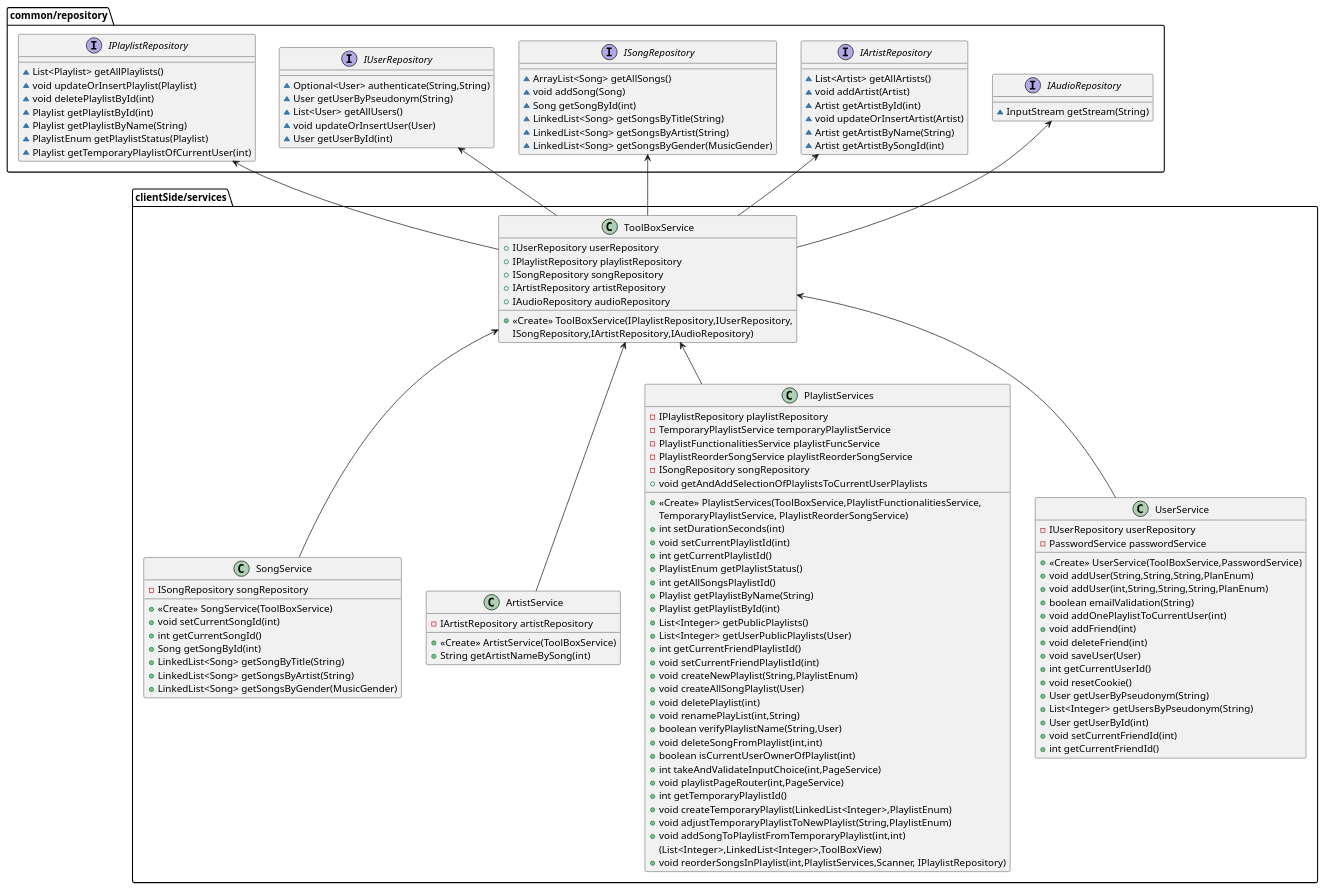
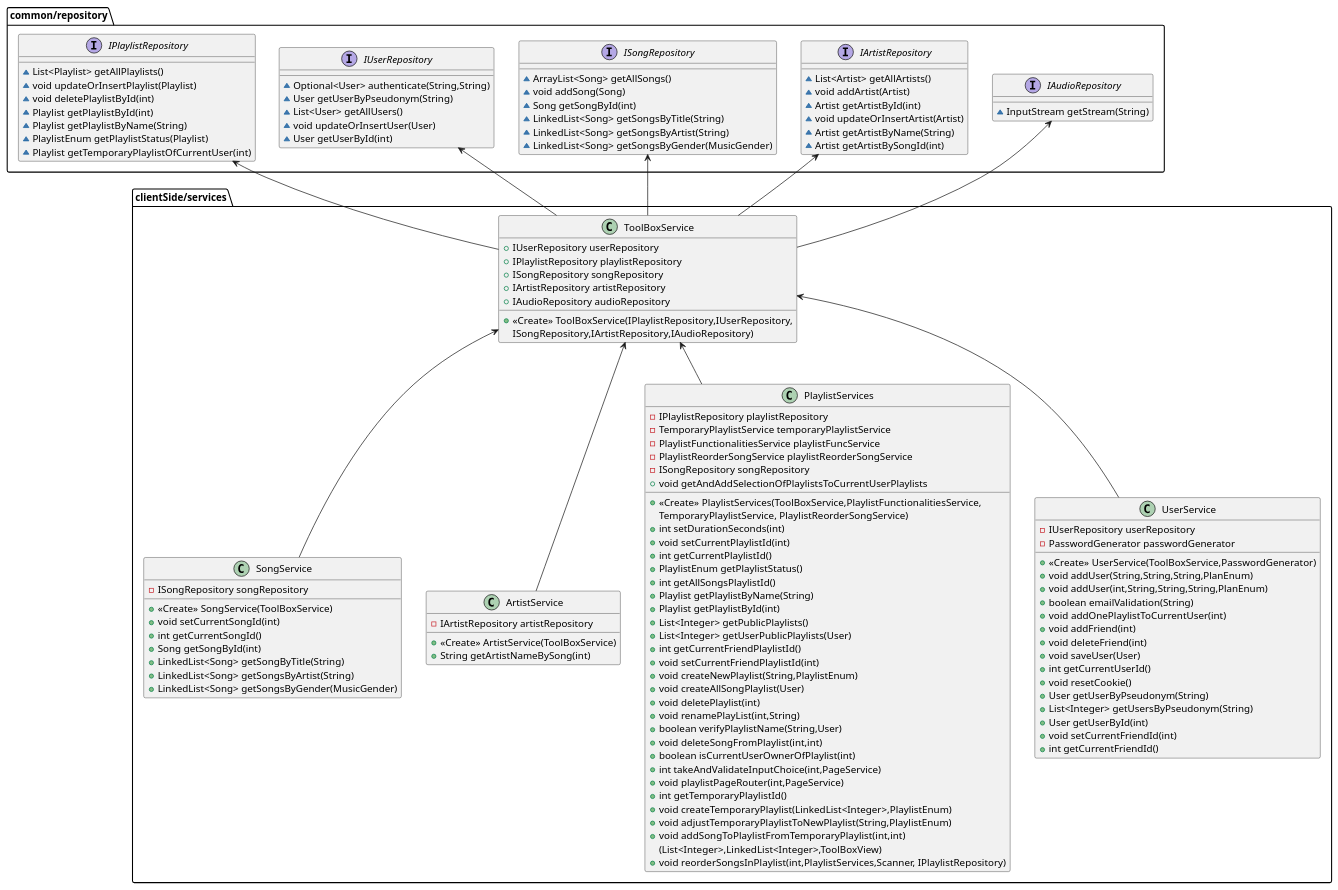
One commit to marionrossier/MiniSpotify changed the diagram in Diagrams/classDiagrams/clientSide/ToolBoxService.puml. Above: the diagram before and after it, drawn with PlantUML. The commit also changed 8 other files, not shown here.

Commit message:
refactor: rename PasswordService to PasswordGenerator and integrate AuthentificationService into ToolBoxView

```diff
--- a/Diagrams/classDiagrams/clientSide/ToolBoxService.puml
+++ b/Diagrams/classDiagrams/clientSide/ToolBoxService.puml
@@ -1,141 +1,141 @@
 @startuml
 
 class clientSide/services.SongService {
 - ISongRepository songRepository
 + <<Create>> SongService(ToolBoxService)
 + void setCurrentSongId(int)
 + int getCurrentSongId()
 + Song getSongById(int)
 + LinkedList<Song> getSongByTitle(String)
 + LinkedList<Song> getSongsByArtist(String)
 + LinkedList<Song> getSongsByGender(MusicGender)
 }
 
 class "clientSide/services.ArtistService" {
 - IArtistRepository artistRepository
 + <<Create>> ArtistService(ToolBoxService)
 + String getArtistNameBySong(int)
 }
 
 class "clientSide/services.PlaylistServices" {
 - IPlaylistRepository playlistRepository
 - TemporaryPlaylistService temporaryPlaylistService
 - PlaylistFunctionalitiesService playlistFuncService
 - PlaylistReorderSongService playlistReorderSongService
 - ISongRepository songRepository
 + <<Create>> PlaylistServices(ToolBoxService,PlaylistFunctionalitiesService,
 TemporaryPlaylistService, PlaylistReorderSongService)
 + int setDurationSeconds(int)
 + void setCurrentPlaylistId(int)
 + int getCurrentPlaylistId()
 + PlaylistEnum getPlaylistStatus()
 + int getAllSongsPlaylistId()
 + Playlist getPlaylistByName(String)
 + Playlist getPlaylistById(int)
 + List<Integer> getPublicPlaylists()
 + List<Integer> getUserPublicPlaylists(User)
 + int getCurrentFriendPlaylistId()
 + void setCurrentFriendPlaylistId(int)
 + void createNewPlaylist(String,PlaylistEnum)
 + void createAllSongPlaylist(User)
 + void deletePlaylist(int)
 + void renamePlayList(int,String)
 + boolean verifyPlaylistName(String,User)
 + void deleteSongFromPlaylist(int,int)
 + boolean isCurrentUserOwnerOfPlaylist(int)
 + int takeAndValidateInputChoice(int,PageService)
 + void playlistPageRouter(int,PageService)
 + int getTemporaryPlaylistId()
 + void createTemporaryPlaylist(LinkedList<Integer>,PlaylistEnum)
 + void adjustTemporaryPlaylistToNewPlaylist(String,PlaylistEnum)
 + void addSongToPlaylistFromTemporaryPlaylist(int,int)
 + void getAndAddSelectionOfPlaylistsToCurrentUserPlaylists
 (List<Integer>,LinkedList<Integer>,ToolBoxView)
 + void reorderSongsInPlaylist(int,PlaylistServices,Scanner, IPlaylistRepository)
 }
 
 class clientSide/services.UserService {
 - IUserRepository userRepository
-- PasswordService passwordService
-+ <<Create>> UserService(ToolBoxService,PasswordService)
+- PasswordGenerator passwordGenerator
++ <<Create>> UserService(ToolBoxService,PasswordGenerator)
 + void addUser(String,String,String,PlanEnum)
 + void addUser(int,String,String,String,PlanEnum)
 + boolean emailValidation(String)
 + void addOnePlaylistToCurrentUser(int)
 + void addFriend(int)
 + void deleteFriend(int)
 + void saveUser(User)
 + int getCurrentUserId()
 + void resetCookie()
 + User getUserByPseudonym(String)
 + List<Integer> getUsersByPseudonym(String)
 + User getUserById(int)
 + void setCurrentFriendId(int)
 + int getCurrentFriendId()
 }
 
 
 class "clientSide/services.ToolBoxService" {
 + IUserRepository userRepository
 + IPlaylistRepository playlistRepository
 + ISongRepository songRepository
 + IArtistRepository artistRepository
 + IAudioRepository audioRepository
 + <<Create>> ToolBoxService(IPlaylistRepository,IUserRepository,
 ISongRepository,IArtistRepository,IAudioRepository)
 }
 
 interface "common/repository.IUserRepository" {
 ~ Optional<User> authenticate(String,String)
 ~ User getUserByPseudonym(String)
 ~ List<User> getAllUsers()
 ~ void updateOrInsertUser(User)
 ~ User getUserById(int)
 }
 
 interface "common/repository.ISongRepository" {
 ~ ArrayList<Song> getAllSongs()
 ~ void addSong(Song)
 ~ Song getSongById(int)
 ~ LinkedList<Song> getSongsByTitle(String)
 ~ LinkedList<Song> getSongsByArtist(String)
 ~ LinkedList<Song> getSongsByGender(MusicGender)
 }
 
 interface common/repository.IPlaylistRepository {
 ~ List<Playlist> getAllPlaylists()
 ~ void updateOrInsertPlaylist(Playlist)
 ~ void deletePlaylistById(int)
 ~ Playlist getPlaylistById(int)
 ~ Playlist getPlaylistByName(String)
 ~ PlaylistEnum getPlaylistStatus(Playlist)
 ~ Playlist getTemporaryPlaylistOfCurrentUser(int)
 }
 
 interface common/repository.IAudioRepository {
 ~ InputStream getStream(String)
 }
 
 interface common/repository.IArtistRepository {
 ~ List<Artist> getAllArtists()
 ~ void addArtist(Artist)
 ~ Artist getArtistById(int)
 ~ void updateOrInsertArtist(Artist)
 ~ Artist getArtistByName(String)
 ~ Artist getArtistBySongId(int)
 }
 
 
 ' --- Dépendances générées ---
 "clientSide/services.SongService" -u-> "clientSide/services.ToolBoxService"
 "clientSide/services.ArtistService" -u-> "clientSide/services.ToolBoxService"
 "clientSide/services.PlaylistServices" -u-> "clientSide/services.ToolBoxService"
 "clientSide/services.UserService" -u-> "clientSide/services.ToolBoxService"
 
 "clientSide/services.ToolBoxService" -u-> "common/repository.IPlaylistRepository"
 "clientSide/services.ToolBoxService" -u-> "common/repository.IUserRepository"
 "clientSide/services.ToolBoxService" -u-> "common/repository.ISongRepository"
 "clientSide/services.ToolBoxService" -u-> "common/repository.IArtistRepository"
 "clientSide/services.ToolBoxService" -u-> "common/repository.IAudioRepository"
 
 @enduml
```
